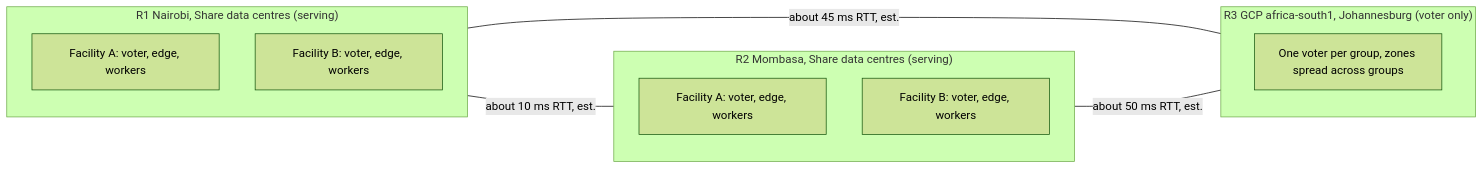
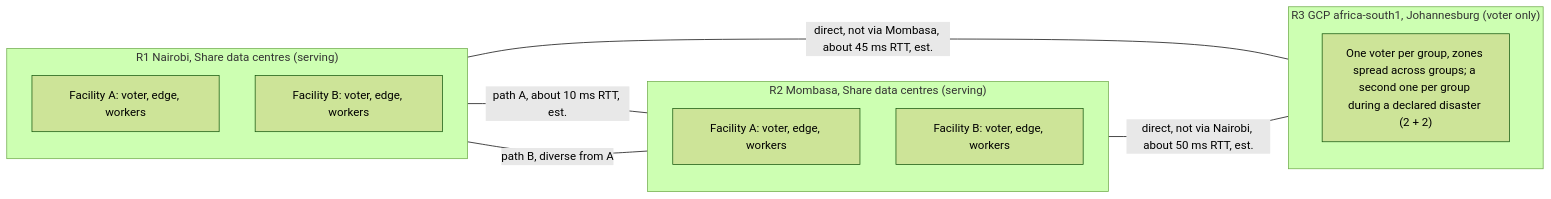
One commit to tgenov/bandwidth-reservations changed the fourth of 4 diagrams in docs/03-rfcs/RFC-000-architecture.md. Above: the diagram before and after it, drawn with Mermaid (forest theme). The commit also changed other lines of this file, not shown here.

First line of the commit message:
RFC-000 revision 3 per review 2 (A0R-01..14)

````diff
--- a/docs/03-rfcs/RFC-000-architecture.md
+++ b/docs/03-rfcs/RFC-000-architecture.md
@@ -611,17 +713,18 @@
 ```mermaid
 flowchart LR
   subgraph R1["R1 Nairobi, Share data centres (serving)"]
     R1a["Facility A: voter, edge, workers"]
     R1b["Facility B: voter, edge, workers"]
   end
   subgraph R2["R2 Mombasa, Share data centres (serving)"]
     R2a["Facility A: voter, edge, workers"]
     R2b["Facility B: voter, edge, workers"]
   end
   subgraph R3["R3 GCP africa-south1, Johannesburg (voter only)"]
-    R3a["One voter per group, zones spread across groups"]
+    R3a["One voter per group, zones spread across groups; a second one per group during a declared disaster (2 + 2)"]
   end
-  R1 ---|"about 10 ms RTT, est."| R2
-  R1 ---|"about 45 ms RTT, est."| R3
-  R2 ---|"about 50 ms RTT, est."| R3
+  R1 ---|"path A, about 10 ms RTT, est."| R2
+  R1 ---|"path B, diverse from A"| R2
+  R1 ---|"direct, not via Mombasa, about 45 ms RTT, est."| R3
+  R2 ---|"direct, not via Nairobi, about 50 ms RTT, est."| R3
 ```
````
